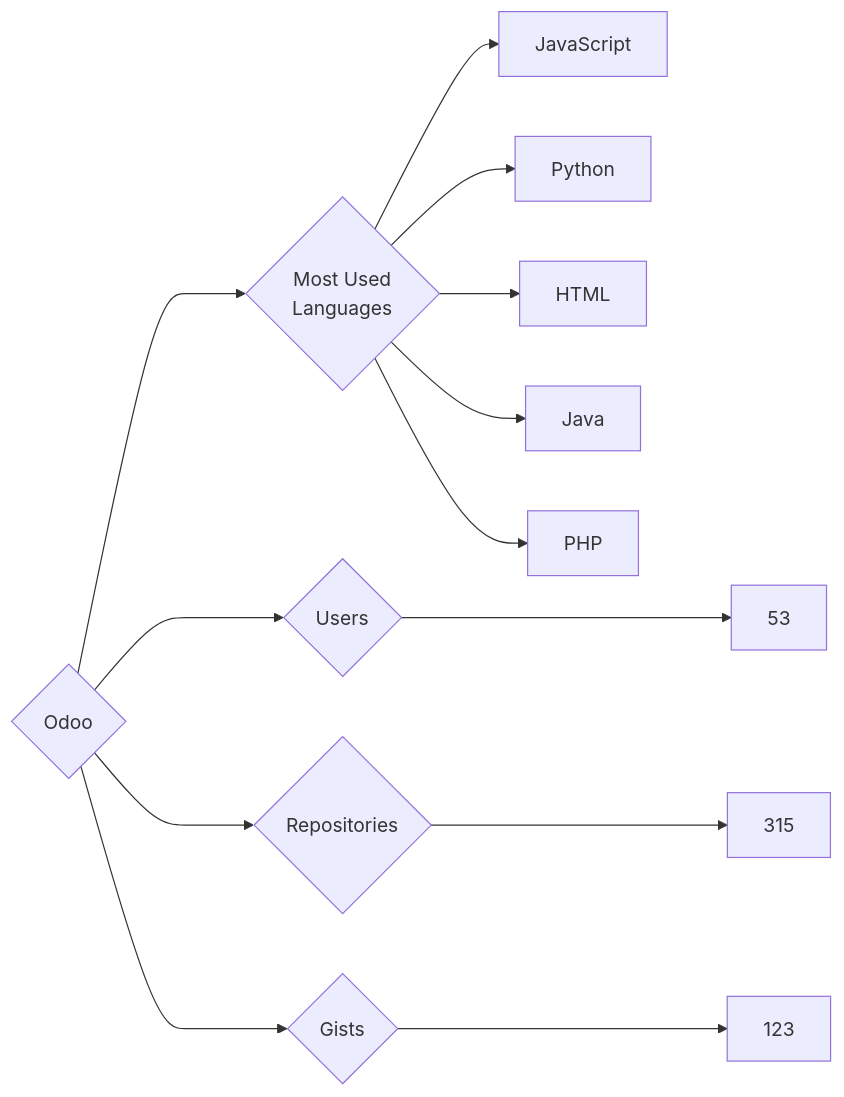
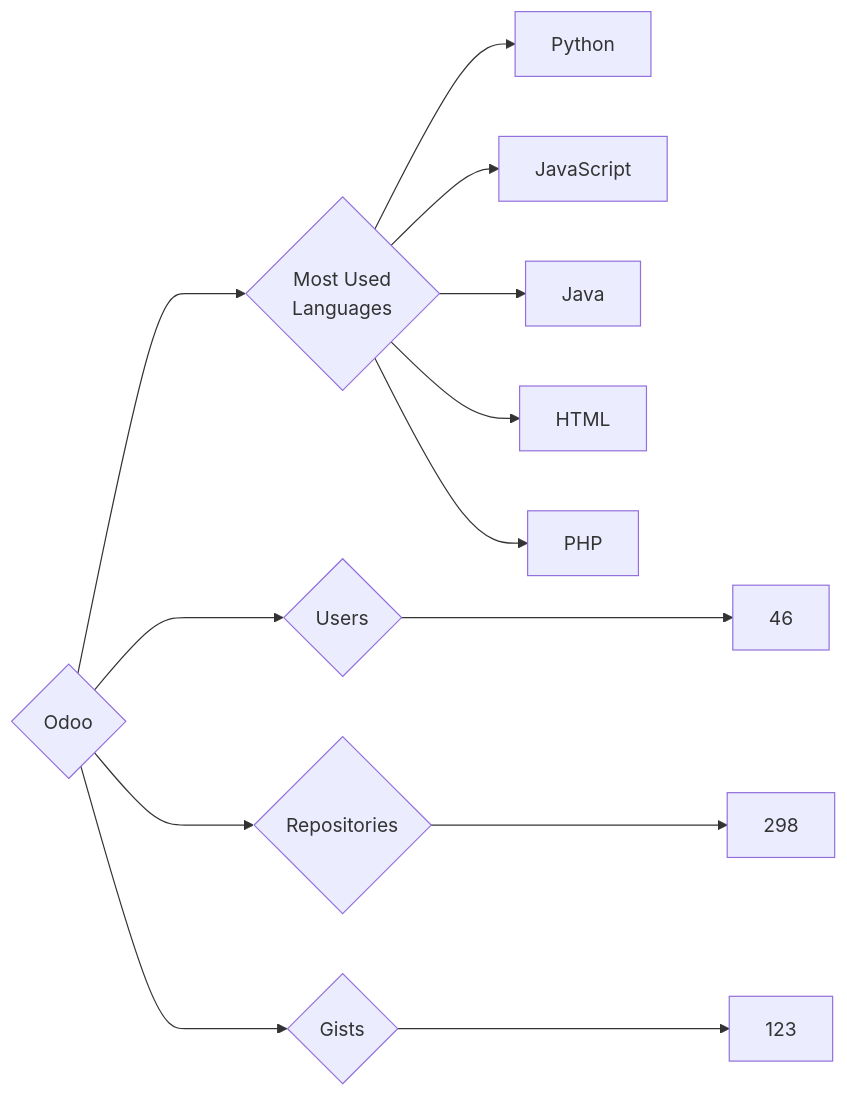
The diagram in targets/Odoo/README.md (trickest/insiders), drawn with Mermaid before and after one commit. The commit also changed 770 other files, not shown here.

````diff
--- a/targets/Odoo/README.md
+++ b/targets/Odoo/README.md
@@ -3,13 +3,13 @@
 ```mermaid
 graph LR
 COMPANY_NAME{Odoo}
-COMPANY_NAME ---> U{Users} ---> UN[53]
-COMPANY_NAME ---> R{Repositories} ---> RN[315]
+COMPANY_NAME ---> U{Users} ---> UN[46]
+COMPANY_NAME ---> R{Repositories} ---> RN[298]
 COMPANY_NAME ---> G{Gists} ---> GN[123]
 COMPANY_NAME ---> ML{Most Used<br>Languages}
+ML --> Python[Python]
 ML --> JavaScript[JavaScript]
-ML --> Python[Python]
+ML --> Java[Java]
 ML --> HTML[HTML]
-ML --> Java[Java]
 ML --> PHP[PHP]
 ```
````
